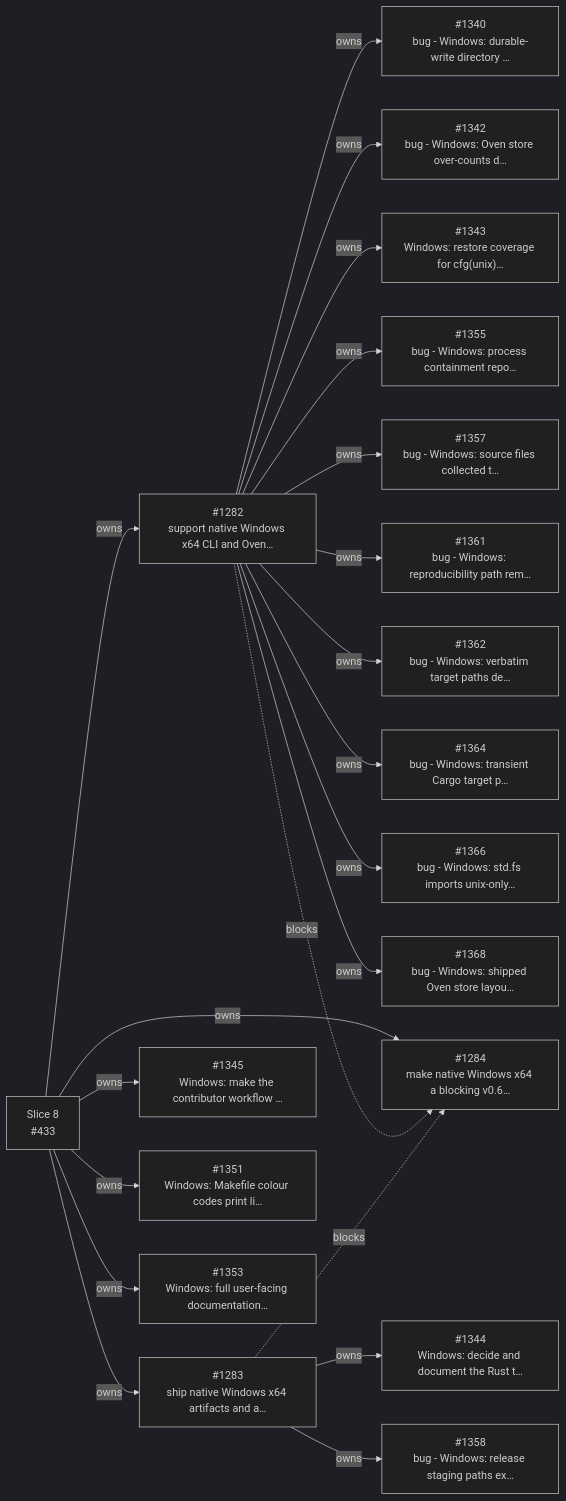
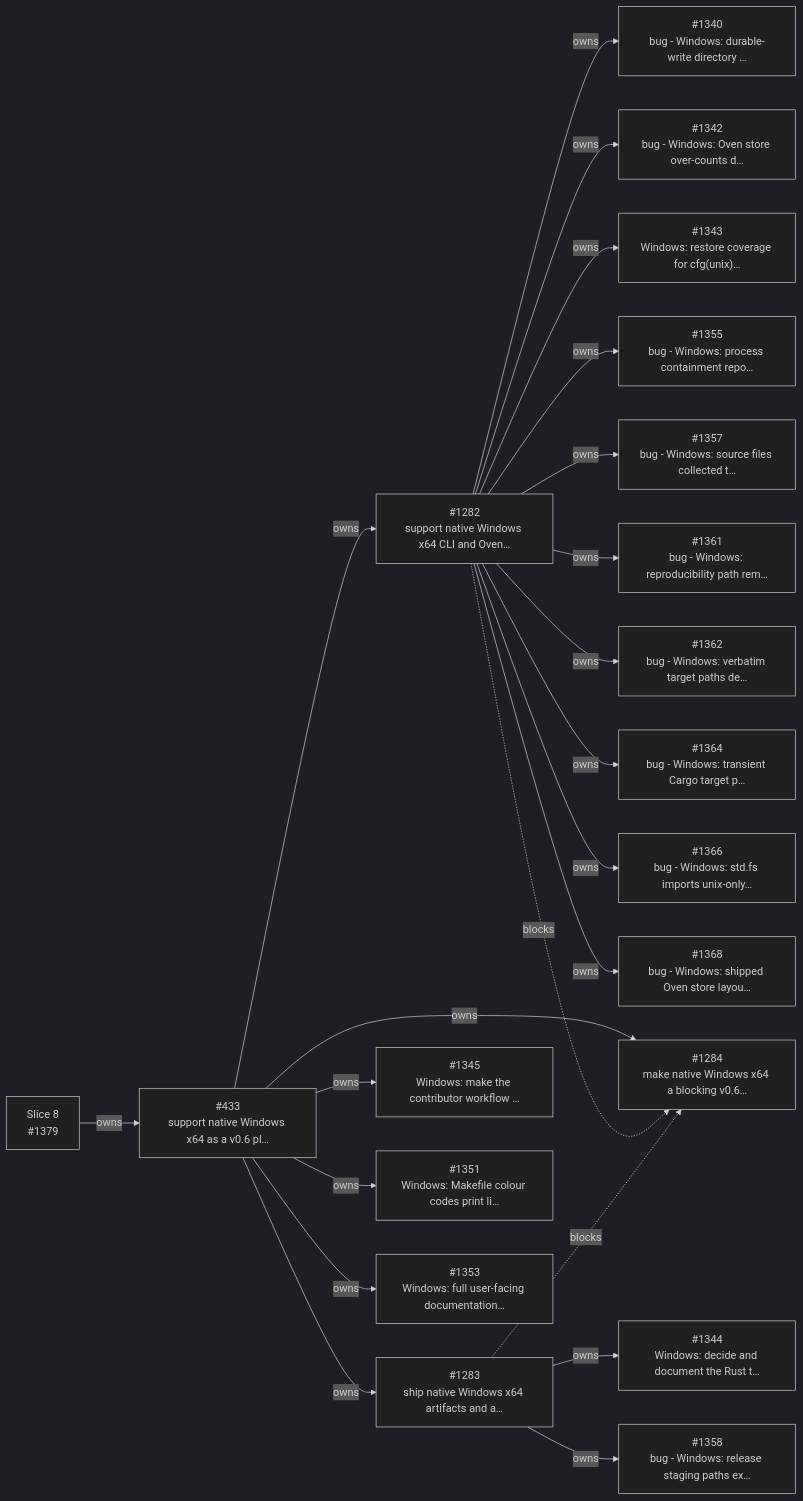
The eighth of 9 diagrams in workspaces/docs-site/docs/_snippets/project/v0_6_roadmap.md (dannys-code-corner/incan), drawn with Mermaid (dark theme) before and after one commit. The commit also changed other lines of this file and 2 other files, not shown here.

First line of the commit message:
chore - 1379 re-sequence v0.6 slices and give slice 8 its own parent

````diff
--- a/workspaces/docs-site/docs/_snippets/project/v0_6_roadmap.md
+++ b/workspaces/docs-site/docs/_snippets/project/v0_6_roadmap.md
@@ -553,61 +553,64 @@
 ```mermaid
 flowchart LR
-  s433["Slice 8<br/>#433"]
+  i433["#433<br/>support native Windows x64 as a v0.6 pl…"]
   i1282["#1282<br/>support native Windows x64 CLI and Oven…"]
   i1283["#1283<br/>ship native Windows x64 artifacts and a…"]
   i1284["#1284<br/>make native Windows x64 a blocking v0.6…"]
   i1340["#1340<br/>bug - Windows: durable-write directory …"]
   i1342["#1342<br/>bug - Windows: Oven store over-counts d…"]
   i1343["#1343<br/>Windows: restore coverage for cfg(unix)…"]
   i1344["#1344<br/>Windows: decide and document the Rust t…"]
   i1345["#1345<br/>Windows: make the contributor workflow …"]
   i1351["#1351<br/>Windows: Makefile colour codes print li…"]
   i1353["#1353<br/>Windows: full user-facing documentation…"]
   i1355["#1355<br/>bug - Windows: process containment repo…"]
   i1357["#1357<br/>bug - Windows: source files collected t…"]
   i1358["#1358<br/>bug - Windows: release staging paths ex…"]
   i1361["#1361<br/>bug - Windows: reproducibility path rem…"]
   i1362["#1362<br/>bug - Windows: verbatim target paths de…"]
   i1364["#1364<br/>bug - Windows: transient Cargo target p…"]
   i1366["#1366<br/>bug - Windows: std.fs imports unix-only…"]
   i1368["#1368<br/>bug - Windows: shipped Oven store layou…"]
-  s433 -- owns --> i1282
-  s433 -- owns --> i1283
-  s433 -- owns --> i1284
+  s1379["Slice 8<br/>#1379"]
+  s1379 -- owns --> i433
+  i433 -- owns --> i1282
+  i433 -- owns --> i1283
+  i433 -- owns --> i1284
   i1282 -- owns --> i1340
   i1282 -- owns --> i1342
   i1282 -- owns --> i1343
   i1283 -- owns --> i1344
-  s433 -- owns --> i1345
-  s433 -- owns --> i1351
-  s433 -- owns --> i1353
+  i433 -- owns --> i1345
+  i433 -- owns --> i1351
+  i433 -- owns --> i1353
   i1282 -- owns --> i1355
   i1282 -- owns --> i1357
   i1283 -- owns --> i1358
   i1282 -- owns --> i1361
   i1282 -- owns --> i1362
   i1282 -- owns --> i1364
   i1282 -- owns --> i1366
   i1282 -- owns --> i1368
   i1282 -. blocks .-> i1284
   i1283 -. blocks .-> i1284
-  click s433 href "https://github.com/encero-systems/incan/issues/433" "Open #433 on GitHub"
+  click i433 href "https://github.com/encero-systems/incan/issues/433" "Open #433 on GitHub"
   click i1282 href "https://github.com/encero-systems/incan/issues/1282" "Open #1282 on GitHub"
   click i1283 href "https://github.com/encero-systems/incan/issues/1283" "Open #1283 on GitHub"
   click i1284 href "https://github.com/encero-systems/incan/issues/1284" "Open #1284 on GitHub"
   click i1340 href "https://github.com/encero-systems/incan/issues/1340" "Open #1340 on GitHub"
   click i1342 href "https://github.com/encero-systems/incan/issues/1342" "Open #1342 on GitHub"
   click i1343 href "https://github.com/encero-systems/incan/issues/1343" "Open #1343 on GitHub"
   click i1344 href "https://github.com/encero-systems/incan/issues/1344" "Open #1344 on GitHub"
   click i1345 href "https://github.com/encero-systems/incan/issues/1345" "Open #1345 on GitHub"
   click i1351 href "https://github.com/encero-systems/incan/issues/1351" "Open #1351 on GitHub"
   click i1353 href "https://github.com/encero-systems/incan/issues/1353" "Open #1353 on GitHub"
   click i1355 href "https://github.com/encero-systems/incan/issues/1355" "Open #1355 on GitHub"
   click i1357 href "https://github.com/encero-systems/incan/issues/1357" "Open #1357 on GitHub"
   click i1358 href "https://github.com/encero-systems/incan/issues/1358" "Open #1358 on GitHub"
   click i1361 href "https://github.com/encero-systems/incan/issues/1361" "Open #1361 on GitHub"
   click i1362 href "https://github.com/encero-systems/incan/issues/1362" "Open #1362 on GitHub"
   click i1364 href "https://github.com/encero-systems/incan/issues/1364" "Open #1364 on GitHub"
   click i1366 href "https://github.com/encero-systems/incan/issues/1366" "Open #1366 on GitHub"
   click i1368 href "https://github.com/encero-systems/incan/issues/1368" "Open #1368 on GitHub"
+  click s1379 href "https://github.com/encero-systems/incan/issues/1379" "Open #1379 on GitHub"
 ```
````
